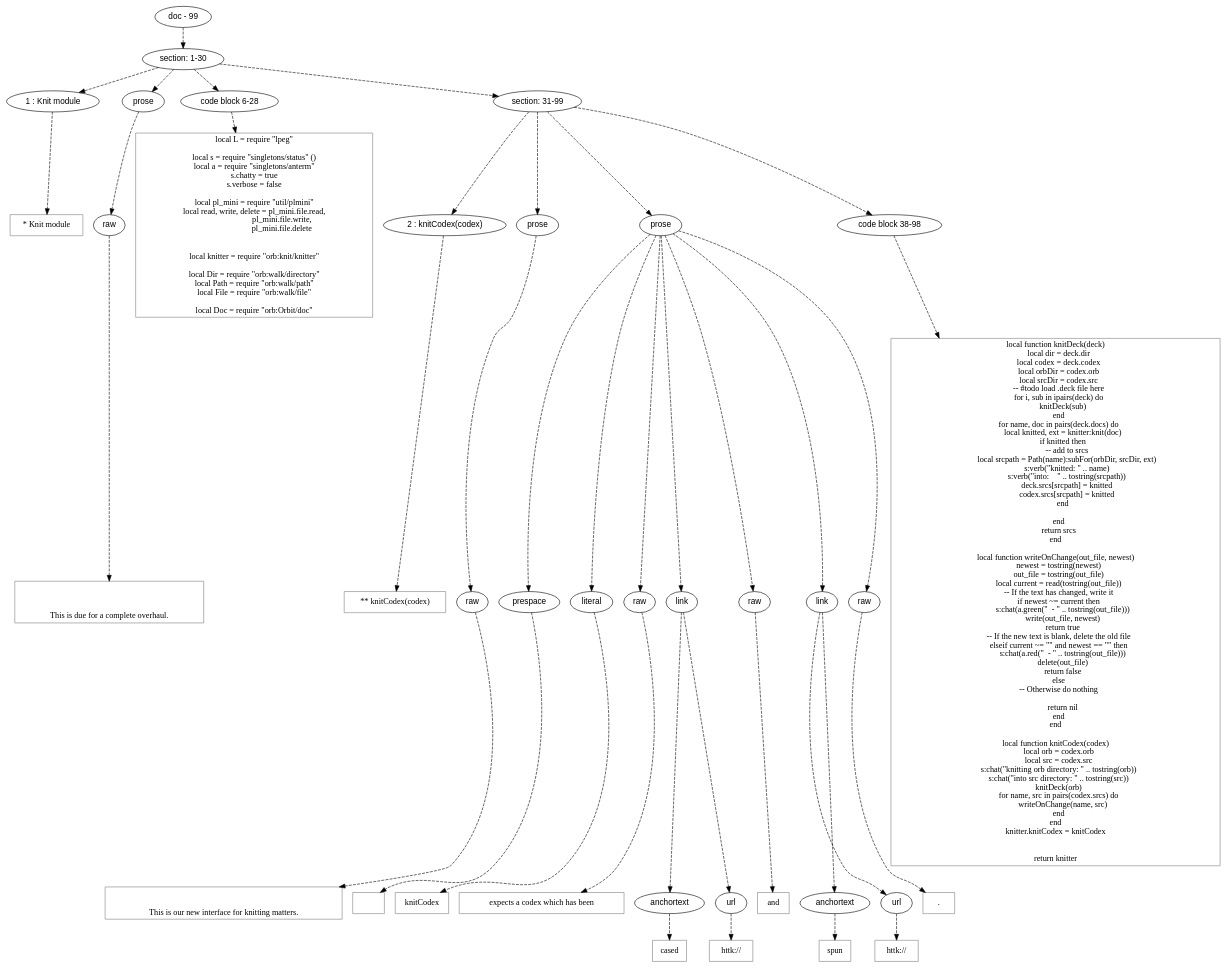
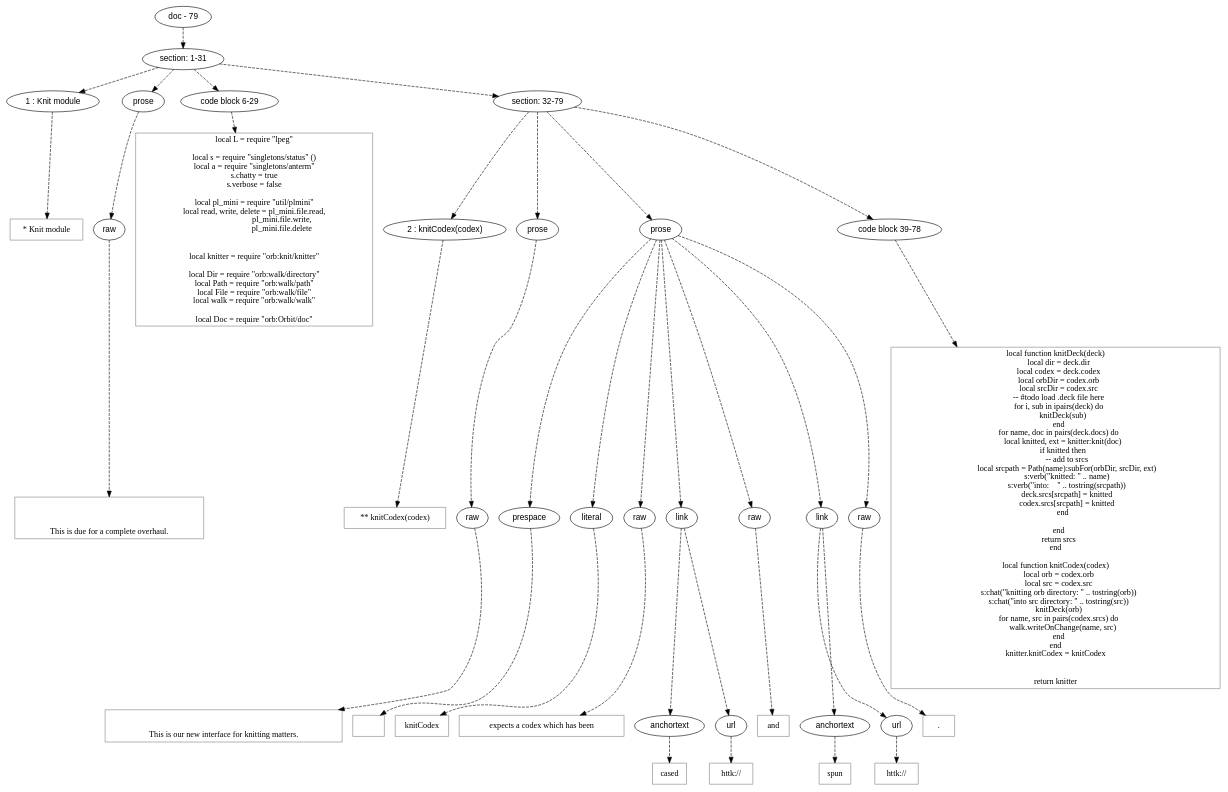
Before and after one commit to mnemnion/orb: the diagram in doc/dot/knit/knit.dot, drawn with Graphviz. The commit also changed 17 other files, not shown here.

```diff
--- a/doc/dot/knit/knit.dot
+++ b/doc/dot/knit/knit.dot
@@ -3,13 +3,13 @@
 node [fontname=Helvetica]
 edge [style=dashed]
 
-doc_0 [label="doc - 99"]
+doc_0 [label="doc - 79"]
 
 
 doc_0 -> { section_1}
 {rank=same; section_1}
 
-section_1 [label="section: 1-30"]
+section_1 [label="section: 1-31"]
 
 
 // END RANK doc_0
@@ -21,9 +21,9 @@
 
 prose_3 [label="prose"]
 
-codeblock_4 [label="code block 6-28"]
+codeblock_4 [label="code block 6-29"]
 
-section_5 [label="section: 31-99"]
+section_5 [label="section: 32-79"]
 
 
 // END RANK section_1
@@ -67,6 +67,7 @@
 local Dir = require \"orb:walk/directory\"
 local Path = require \"orb:walk/path\"
 local File = require \"orb:walk/file\"
+local walk = require \"orb:walk/walk\"
 
 local Doc = require \"orb:Orbit/doc\"
 "]
@@ -81,7 +82,7 @@
 
 prose_12 [label="prose"]
 
-codeblock_13 [label="code block 38-98"]
+codeblock_13 [label="code block 39-78"]
 
 
 // END RANK section_5
@@ -207,27 +208,6 @@
     return srcs
 end
 
-local function writeOnChange(out_file, newest)
-    newest = tostring(newest)
-    out_file = tostring(out_file)
-    local current = read(tostring(out_file))
-    -- If the text has changed, write it
-    if newest ~= current then
-        s:chat(a.green(\"  - \" .. tostring(out_file)))
-        write(out_file, newest)
-        return true
-    -- If the new text is blank, delete the old file
-    elseif current ~= \"\" and newest == \"\" then
-        s:chat(a.red(\"  - \" .. tostring(out_file)))
-        delete(out_file)
-        return false
-    else
-    -- Otherwise do nothing
-
-        return nil
-    end
-end
-
 local function knitCodex(codex)
     local orb = codex.orb
     local src = codex.src
@@ -235,7 +215,7 @@
     s:chat(\"into src directory: \" .. tostring(src))
     knitDeck(orb)
     for name, src in pairs(codex.srcs) do
-        writeOnChange(name, src)
+        walk.writeOnChange(name, src)
     end
 end
 knitter.knitCodex = knitCodex
```
